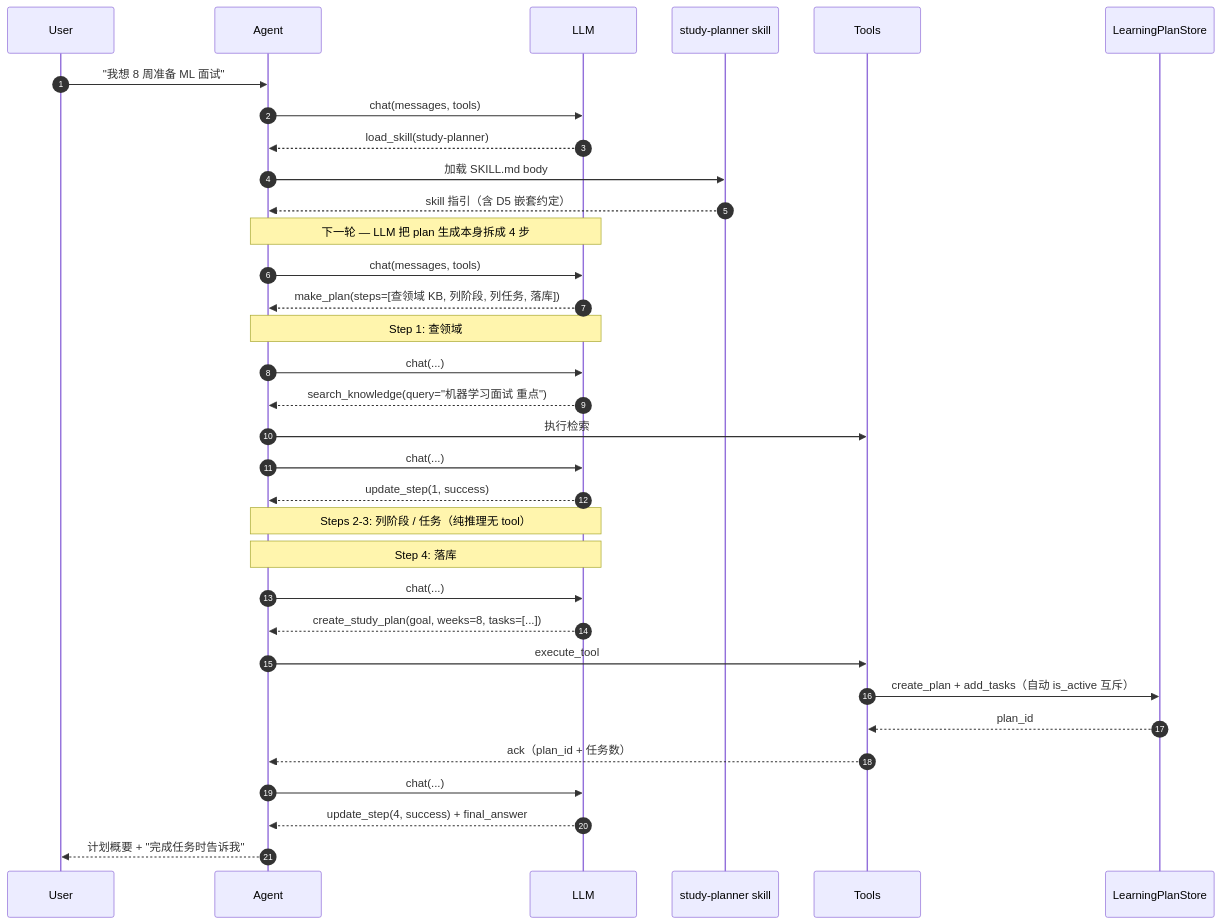
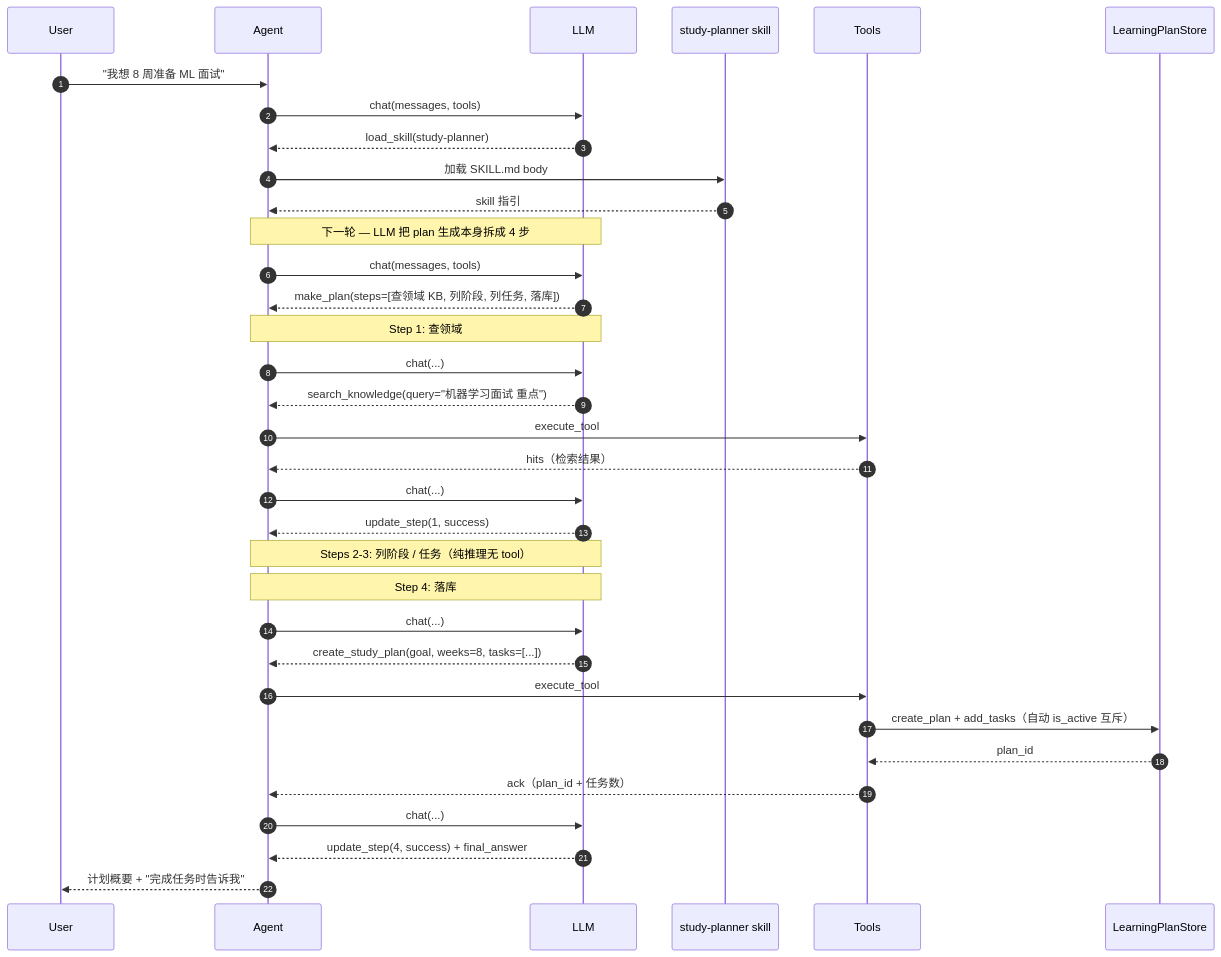
Before and after one commit to michaelwangzhenan/AgentA: diagram 18 of 20 in docs/design.md, drawn with Mermaid. The commit also changed other lines of this file and 24 other files, not shown here.

````diff
--- a/docs/design.md
+++ b/docs/design.md
@@ -949,38 +952,40 @@
 ```mermaid
 sequenceDiagram
     autonumber
     participant U as User
     participant A as Agent
     participant L as LLM
     participant SK as study-planner skill
     participant T as Tools
     participant LP as LearningPlanStore
 
     U->>A: "我想 8 周准备 ML 面试"
     A->>L: chat(messages, tools)
     L-->>A: load_skill(study-planner)
     A->>SK: 加载 SKILL.md body
-    SK-->>A: skill 指引（含 D5 嵌套约定）
+    SK-->>A: skill 指引
 
     Note over A,L: 下一轮 — LLM 把 plan 生成本身拆成 4 步
     A->>L: chat(messages, tools)
     L-->>A: make_plan(steps=[查领域 KB, 列阶段, 列任务, 落库])
 
     Note over A,L: Step 1: 查领域
     A->>L: chat(...)
     L-->>A: search_knowledge(query="机器学习面试 重点")
-    A->>T: 执行检索
-    A->>L: chat(...); L-->>A: update_step(1, success)
+    A->>T: execute_tool
+    T-->>A: hits（检索结果）
+    A->>L: chat(...)
+    L-->>A: update_step(1, success)
 
     Note over A,L: Steps 2-3: 列阶段 / 任务（纯推理无 tool）
 
     Note over A,L: Step 4: 落库
     A->>L: chat(...)
     L-->>A: create_study_plan(goal, weeks=8, tasks=[...])
     A->>T: execute_tool
     T->>LP: create_plan + add_tasks（自动 is_active 互斥）
     LP-->>T: plan_id
     T-->>A: ack（plan_id + 任务数）
     A->>L: chat(...); L-->>A: update_step(4, success) + final_answer
     A-->>U: 计划概要 + "完成任务时告诉我"
 ```
````
